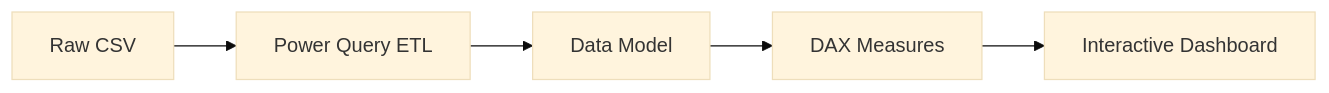
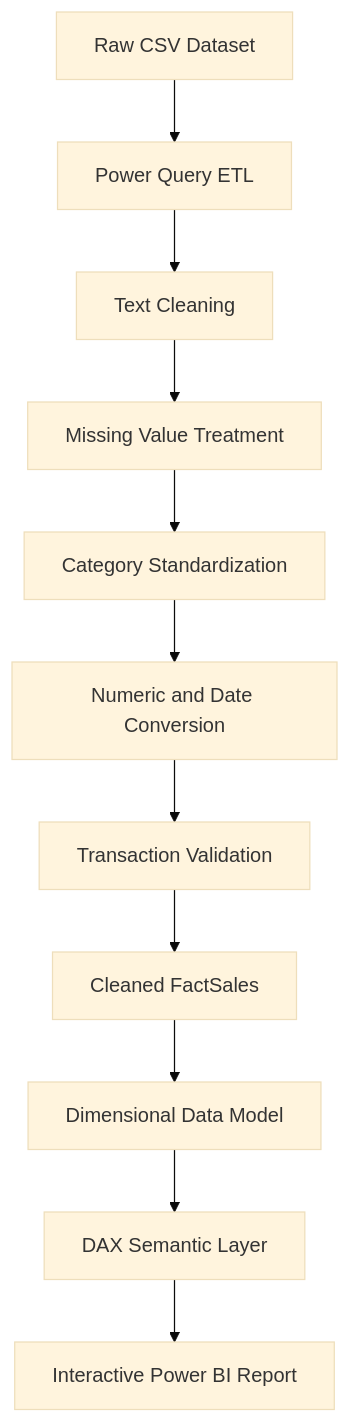
One commit to jovox06/Car-Sales-Analytics-PowerBI changed the first of 2 diagrams in README.md. Above: the diagram before and after it, drawn with Mermaid (base theme). The commit also changed other lines of this file, not shown here.

````diff
--- a/README.md
+++ b/README.md
@@ -128,7 +222,13 @@
 ```mermaid
-flowchart LR
-    A[Raw CSV] --> B[Power Query ETL]
-    B --> C[Data Model]
-    C --> D[DAX Measures]
-    D --> E[Interactive Dashboard]
+flowchart TD
+    A[Raw CSV Dataset] --> B[Power Query ETL]
+    B --> C[Text Cleaning]
+    C --> D[Missing Value Treatment]
+    D --> E[Category Standardization]
+    E --> F[Numeric and Date Conversion]
+    F --> G[Transaction Validation]
+    G --> H[Cleaned FactSales]
+    H --> I[Dimensional Data Model]
+    I --> J[DAX Semantic Layer]
+    J --> K[Interactive Power BI Report]
 ```
````
